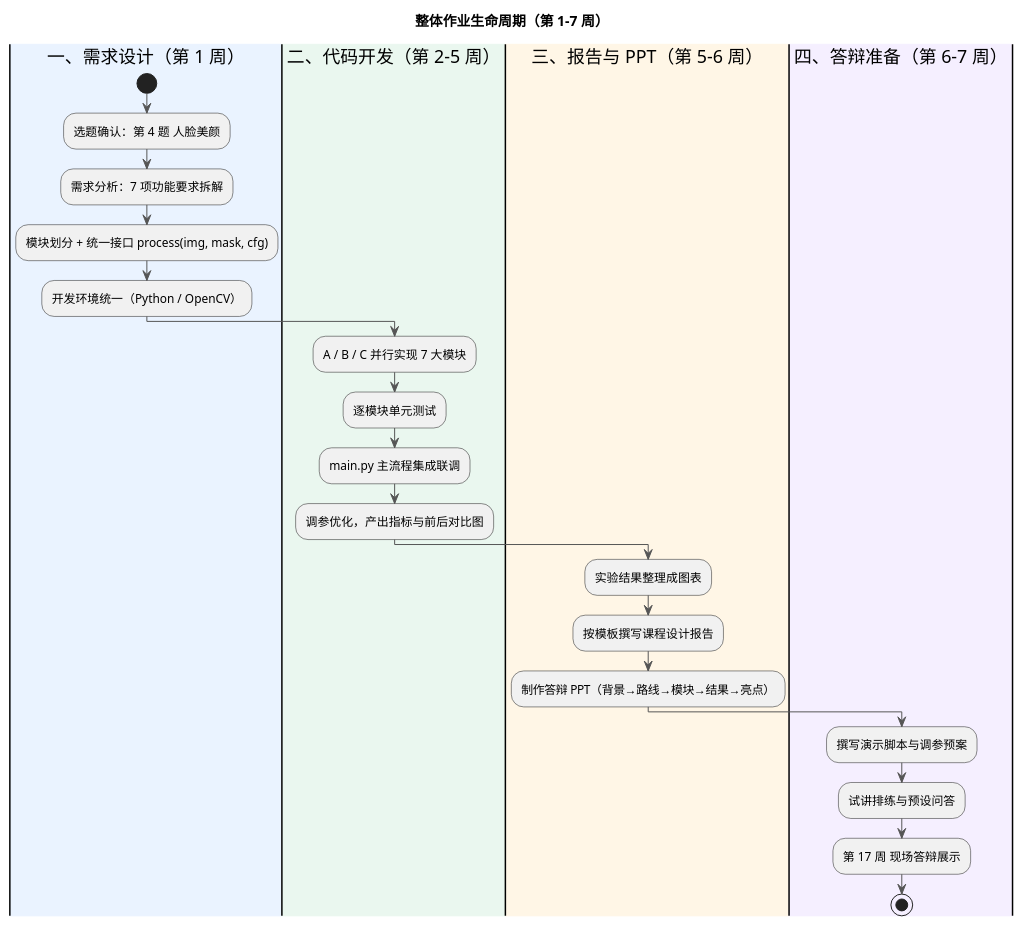
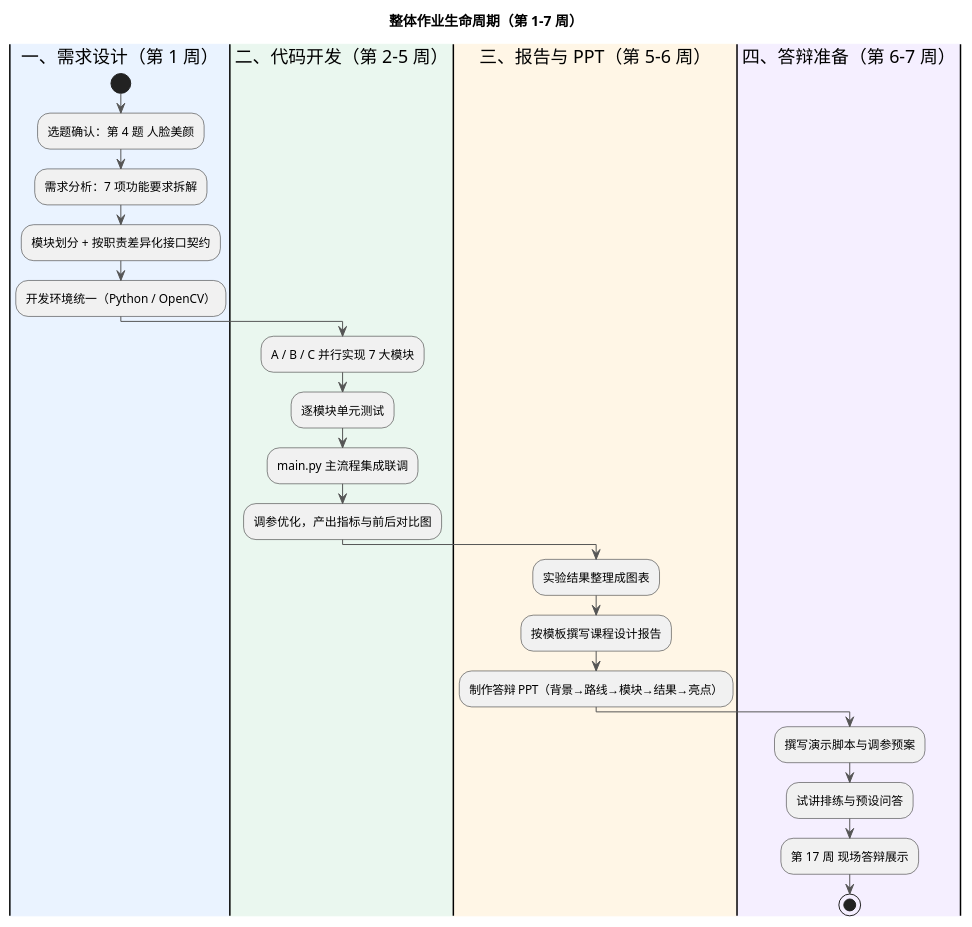
One commit to guts-yang/BeautyCam changed the diagram in docs/选题审核报告-人脸美颜.md. Above: the diagram before and after it, drawn with PlantUML. The commit also changed other lines of this file and 4 other files, not shown here.

````diff
--- a/docs/选题审核报告-人脸美颜.md
+++ b/docs/选题审核报告-人脸美颜.md
@@ -92,31 +92,31 @@
 ```plantuml
 @startuml
 title 整体作业生命周期（第 1–7 周）
 skinparam defaultFontName SansSerif
 skinparam ArrowColor #555555
 
 |#EAF3FF|一、需求设计（第 1 周）|
 start
 :选题确认：第 4 题 人脸美颜;
 :需求分析：7 项功能要求拆解;
-:模块划分 + 统一接口 process(img, mask, cfg);
+:模块划分 + 按职责差异化接口契约;
 :开发环境统一（Python / OpenCV）;
 
 |#EAF7EF|二、代码开发（第 2–5 周）|
 :A / B / C 并行实现 7 大模块;
 :逐模块单元测试;
 :main.py 主流程集成联调;
 :调参优化，产出指标与前后对比图;
 
 |#FFF6E6|三、报告与 PPT（第 5–6 周）|
 :实验结果整理成图表;
 :按模板撰写课程设计报告;
 :制作答辩 PPT（背景→路线→模块→结果→亮点）;
 
 |#F5EFFF|四、答辩准备（第 6–7 周）|
 :撰写演示脚本与调参预案;
 :试讲排练与预设问答;
 :第 17 周 现场答辩展示;
 stop
 @enduml
 ```
````
